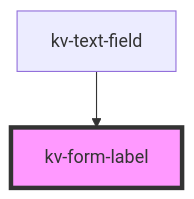
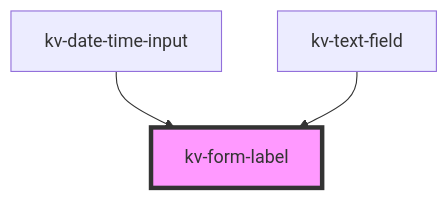
One commit to kelvininc/ui-components changed the diagram in packages/ui-components/src/components/form-label/readme.md. Above: the diagram before and after it, drawn with Mermaid. The commit also changed other lines of this file and 81 other files, not shown here.

````diff
--- a/packages/ui-components/src/components/form-label/readme.md
+++ b/packages/ui-components/src/components/form-label/readme.md
@@ -68,5 +69,6 @@
 ```mermaid
 graph TD;
+  kv-date-time-input --> kv-form-label
   kv-text-field --> kv-form-label
   style kv-form-label fill:#f9f,stroke:#333,stroke-width:4px
 ```
````
